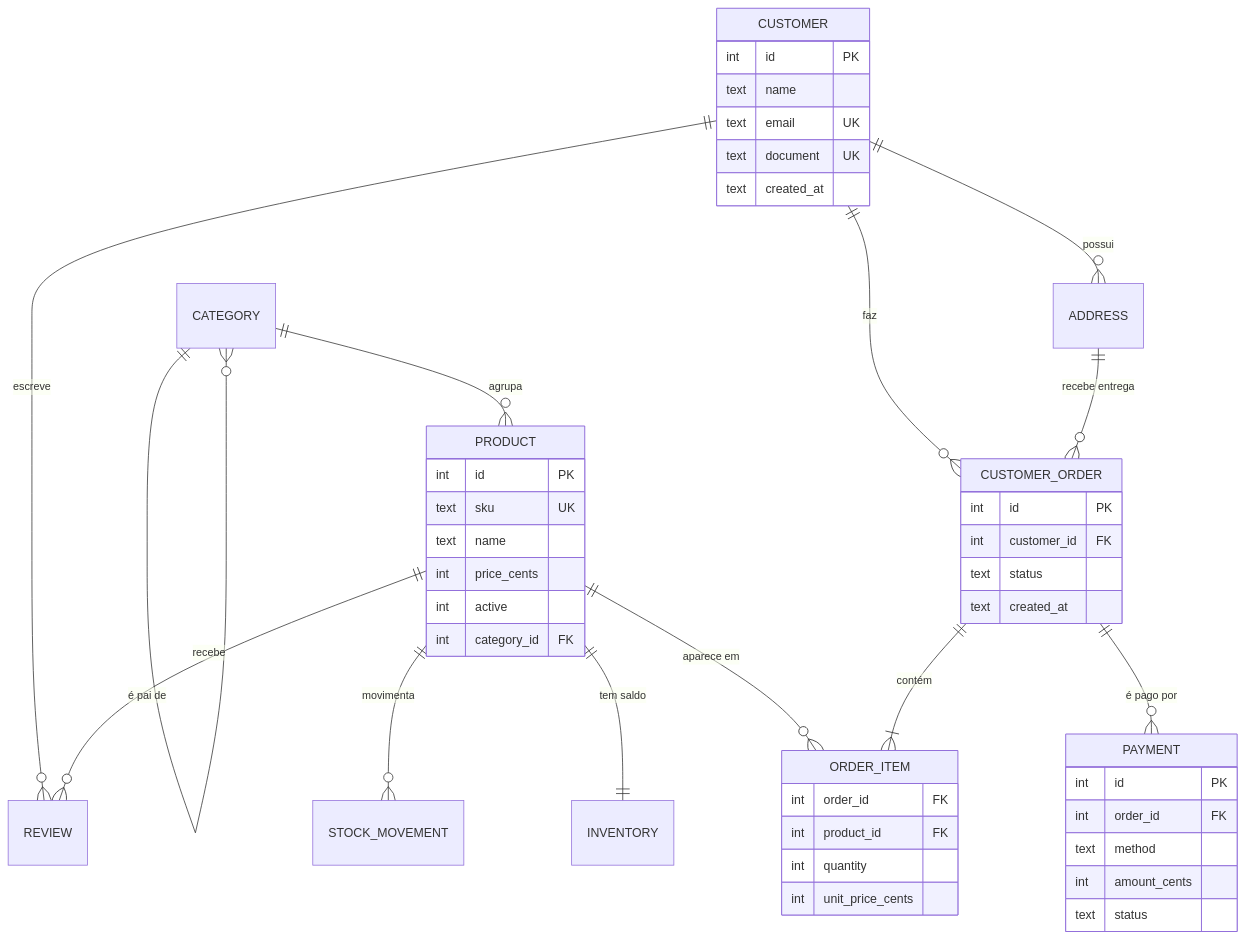
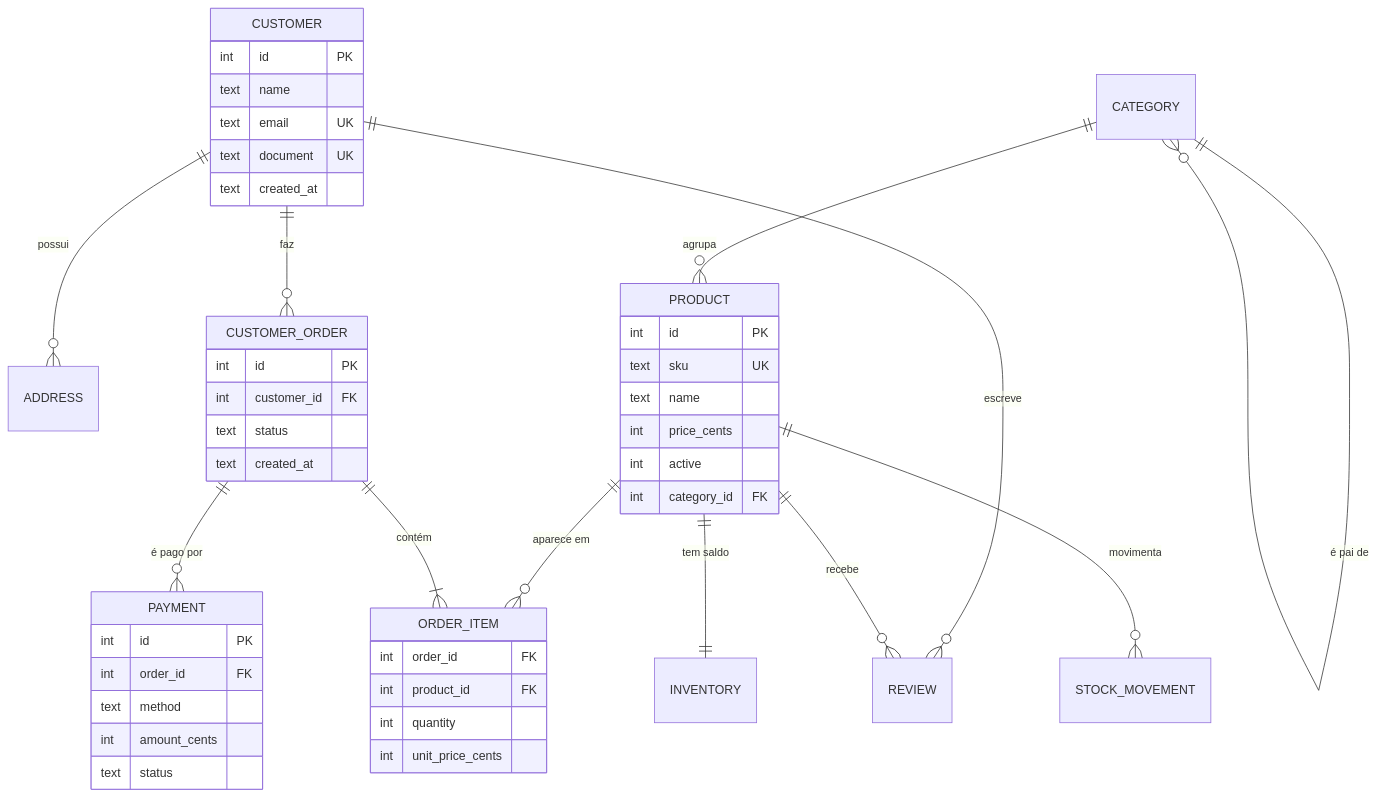
Before and after one commit to GustavoThe01/mercurium-sql: the first of 2 diagrams in README.md, drawn with Mermaid. The commit also changed other lines of this file and 6 other files, not shown here.

First line of the commit message:
feat: Dia 03 — schema físico do banco (#2)

````diff
--- a/README.md
+++ b/README.md
@@ -114,50 +114,49 @@
 ```mermaid
 erDiagram
     CUSTOMER ||--o{ ADDRESS : "possui"
     CUSTOMER ||--o{ CUSTOMER_ORDER : "faz"
     CUSTOMER ||--o{ REVIEW : "escreve"
     CATEGORY ||--o{ CATEGORY : "é pai de"
     CATEGORY ||--o{ PRODUCT : "agrupa"
     PRODUCT ||--|| INVENTORY : "tem saldo"
     PRODUCT ||--o{ STOCK_MOVEMENT : "movimenta"
     PRODUCT ||--o{ ORDER_ITEM : "aparece em"
     PRODUCT ||--o{ REVIEW : "recebe"
     CUSTOMER_ORDER ||--|{ ORDER_ITEM : "contém"
     CUSTOMER_ORDER ||--o{ PAYMENT : "é pago por"
-    ADDRESS ||--o{ CUSTOMER_ORDER : "recebe entrega"
 
     CUSTOMER {
         int id PK
         text name
         text email UK
         text document UK
         text created_at
     }
     PRODUCT {
         int id PK
         text sku UK
         text name
         int price_cents
         int active
         int category_id FK
     }
     CUSTOMER_ORDER {
         int id PK
         int customer_id FK
         text status
         text created_at
     }
     ORDER_ITEM {
         int order_id FK
         int product_id FK
         int quantity
         int unit_price_cents
     }
     PAYMENT {
         int id PK
         int order_id FK
         text method
         int amount_cents
         text status
     }
 ```
````
